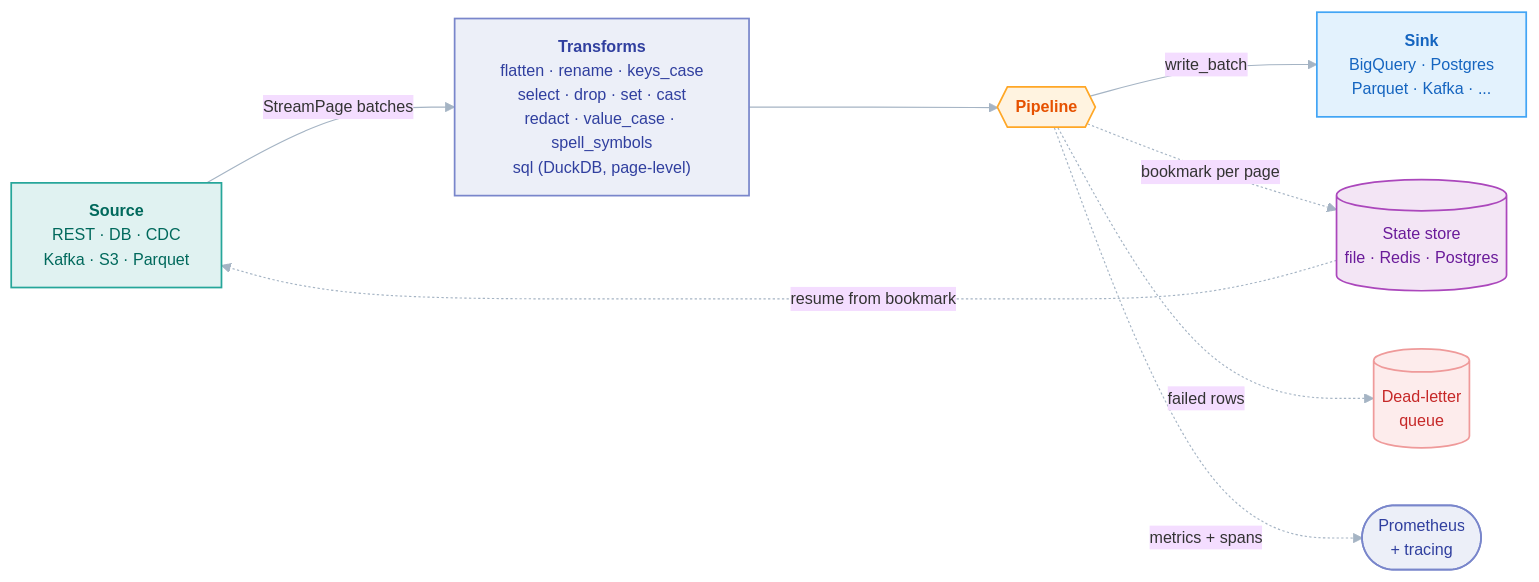
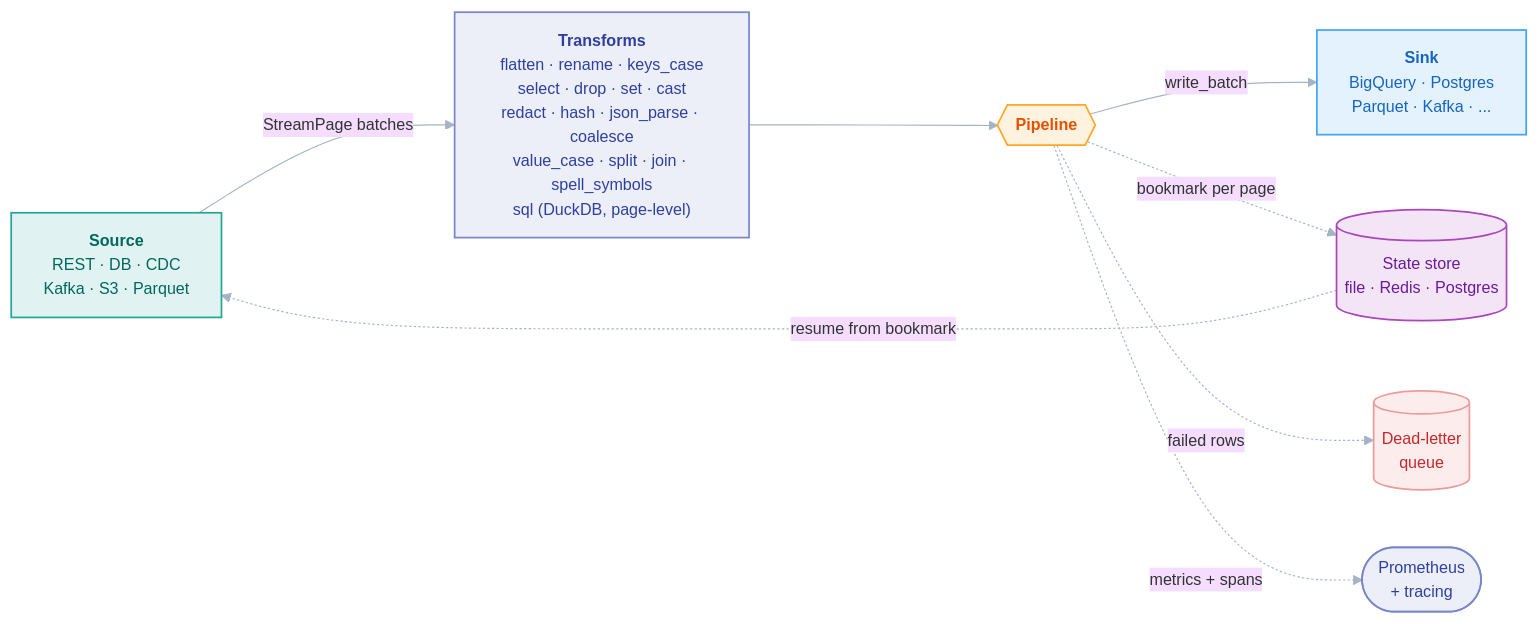
One commit to PawanSikawat/faucet-stream changed the diagram in README.md. Above: the diagram before and after it, drawn with Mermaid. The commit also changed other lines of this file and 14 other files, not shown here.

````diff
--- a/README.md
+++ b/README.md
@@ -445,29 +445,29 @@
 ```mermaid
 %%{init: {'theme':'base','flowchart':{'curve':'basis','nodeSpacing':50,'rankSpacing':72,'padding':14},'themeVariables':{'fontFamily':'-apple-system,BlinkMacSystemFont,Segoe UI,sans-serif','fontSize':'14px','lineColor':'#a5b4c4','clusterBkg':'#f8fafc','clusterBorder':'#e2e8f0'}}}%%
 flowchart LR
     S["<b>Source</b><br/>REST · DB · CDC<br/>Kafka · S3 · Parquet"]
-    T["<b>Transforms</b><br/>flatten · rename · keys_case<br/>select · drop · set · cast<br/>redact · value_case · spell_symbols<br/>sql (DuckDB, page-level)"]
+    T["<b>Transforms</b><br/>flatten · rename · keys_case<br/>select · drop · set · cast<br/>redact · hash · json_parse · coalesce<br/>value_case · split · join · spell_symbols<br/>sql (DuckDB, page-level)"]
     P{{"<b>Pipeline</b>"}}
     K["<b>Sink</b><br/>BigQuery · Postgres<br/>Parquet · Kafka · ..."]
     ST[("State store<br/>file · Redis · Postgres")]
     D[("Dead-letter<br/>queue")]
     O(["Prometheus<br/>+ tracing"])
 
     S -->|StreamPage batches| T --> P -->|write_batch| K
     P -.->|bookmark per page| ST
     ST -.->|resume from bookmark| S
     P -.->|failed rows| D
     P -.->|metrics + spans| O
     classDef src fill:#e0f2f1,stroke:#26a69a,stroke-width:1.5px,color:#00695c
     classDef proc fill:#eceff8,stroke:#7986cb,stroke-width:1.5px,color:#303f9f
     classDef dec fill:#fff3e0,stroke:#ffa726,stroke-width:1.5px,color:#e65100
     classDef bad fill:#fdecec,stroke:#ef9a9a,stroke-width:1.5px,color:#c62828
     classDef store fill:#f3e5f5,stroke:#ab47bc,stroke-width:1.5px,color:#6a1b9a
     classDef sink fill:#e3f2fd,stroke:#42a5f5,stroke-width:1.5px,color:#1565c0
     class S src
     class T,O proc
     class P dec
     class D bad
     class ST store
     class K sink
 ```
````
